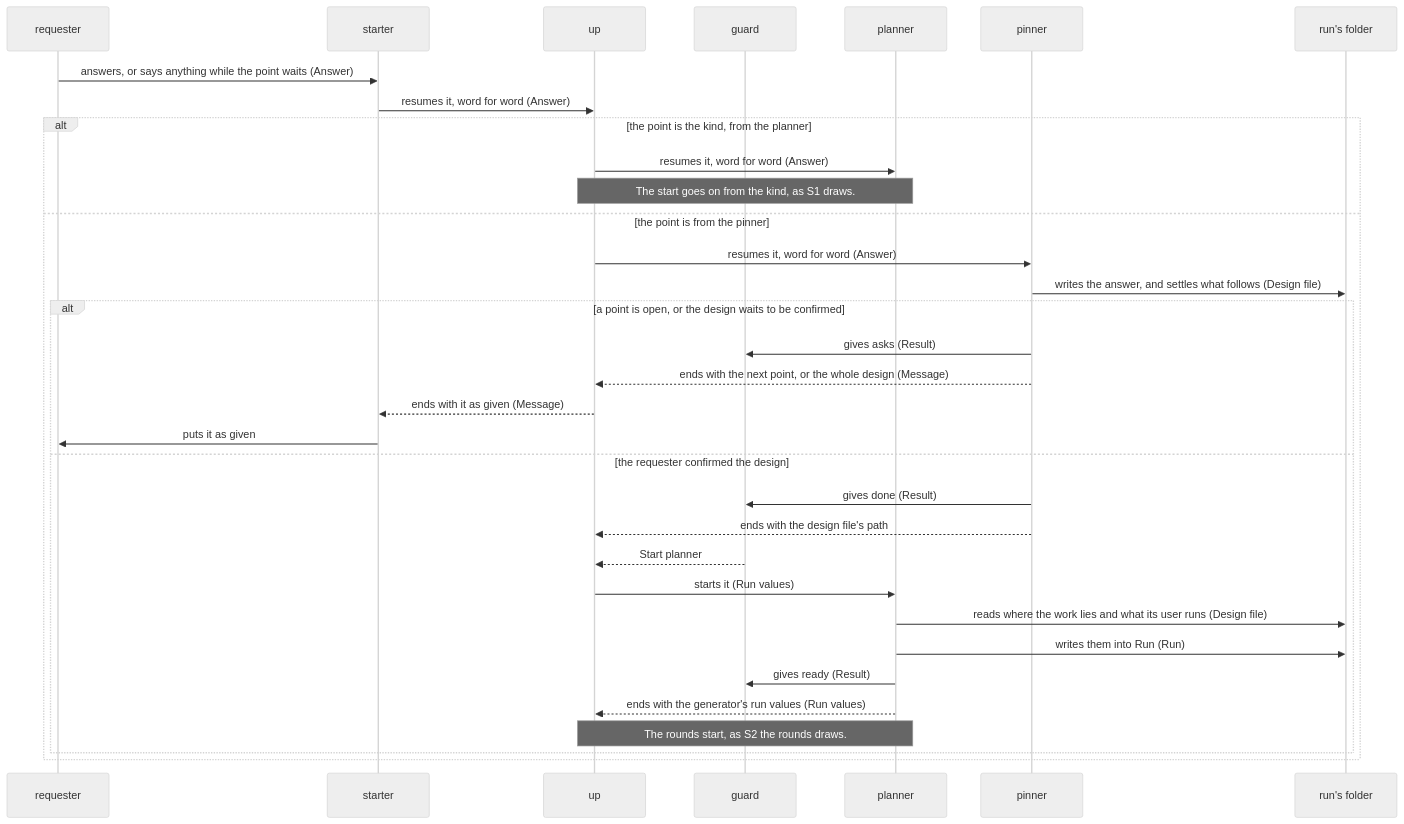
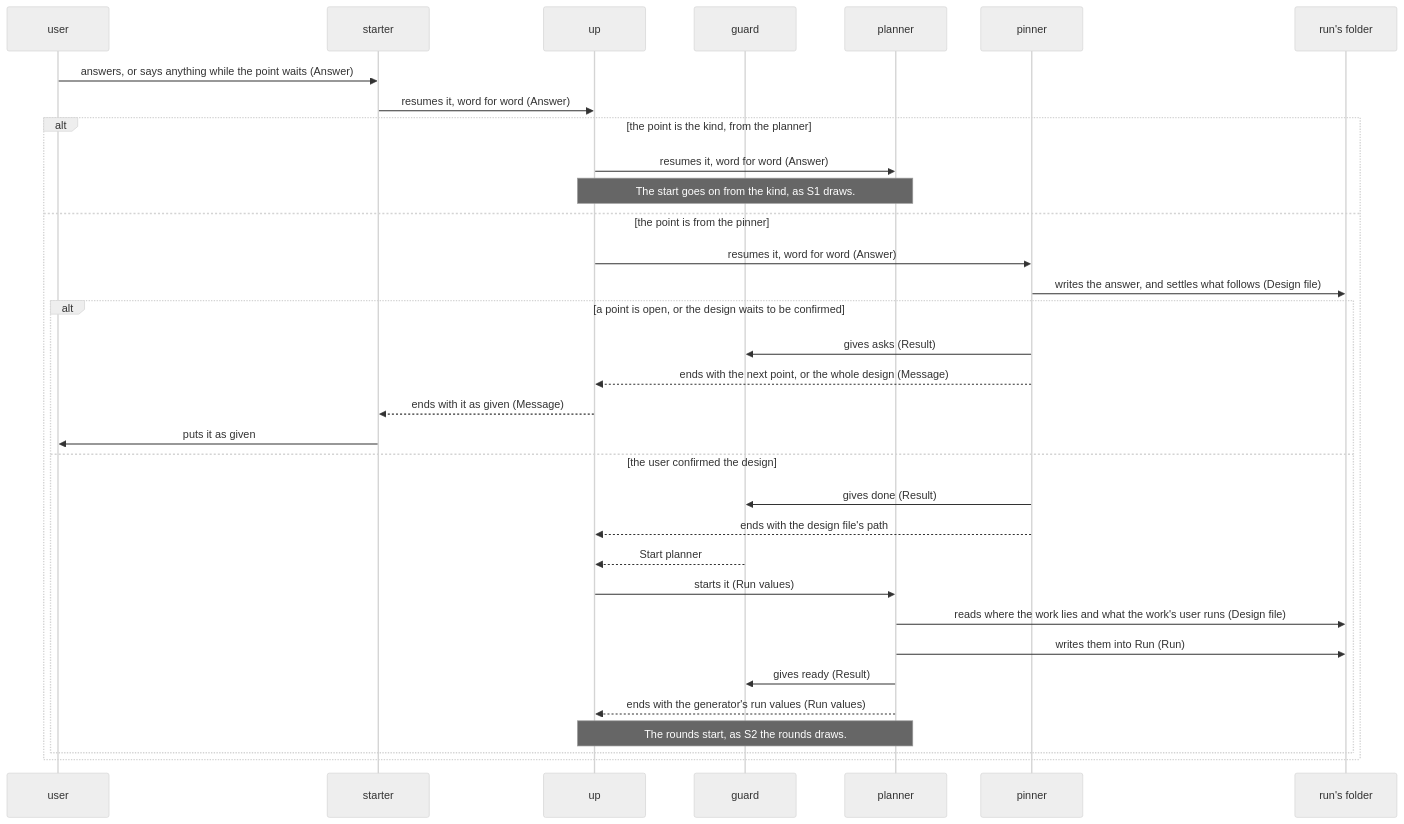
One commit to lovaizu/ccpm changed the second of 3 diagrams in plugins/turn/core/domain/best-practices/architecture/example.md. Above: the diagram before and after it, drawn with Mermaid (neutral theme). The commit also changed other lines of this file and 9 other files, not shown here.

First line of the commit message:
turn: Turn's one role is the user, not the requester, as each of the two is the user of what it uses, and the user of the work Turn makes is always named the work's user

````diff
--- a/plugins/turn/core/domain/best-practices/architecture/example.md
+++ b/plugins/turn/core/domain/best-practices/architecture/example.md
@@ -252,35 +252,35 @@
 ```mermaid
 sequenceDiagram
-  participant R as requester
+  participant R as user
   participant ST as starter
   participant U as up
   participant G as guard
   participant PL as planner
   participant PN as pinner
   participant F as run's folder
   R->>ST: answers, or says anything while the point waits (Answer)
   ST->>U: resumes it, word for word (Answer)
   alt the point is the kind, from the planner
     U->>PL: resumes it, word for word (Answer)
     Note over U,PL: The start goes on from the kind, as S1 draws.
   else the point is from the pinner
     U->>PN: resumes it, word for word (Answer)
     PN->>F: writes the answer, and settles what follows (Design file)
     alt a point is open, or the design waits to be confirmed
       PN->>G: gives asks (Result)
       PN-->>U: ends with the next point, or the whole design (Message)
       U-->>ST: ends with it as given (Message)
       ST->>R: puts it as given
-    else the requester confirmed the design
+    else the user confirmed the design
       PN->>G: gives done (Result)
       PN-->>U: ends with the design file's path
       G-->>U: Start planner
       U->>PL: starts it (Run values)
-      PL->>F: reads where the work lies and what its user runs (Design file)
+      PL->>F: reads where the work lies and what the work's user runs (Design file)
       PL->>F: writes them into Run (Run)
       PL->>G: gives ready (Result)
       PL-->>U: ends with the generator's run values (Run values)
       Note over U,PL: The rounds start, as S2 the rounds draws.
     end
   end
 ```
````
